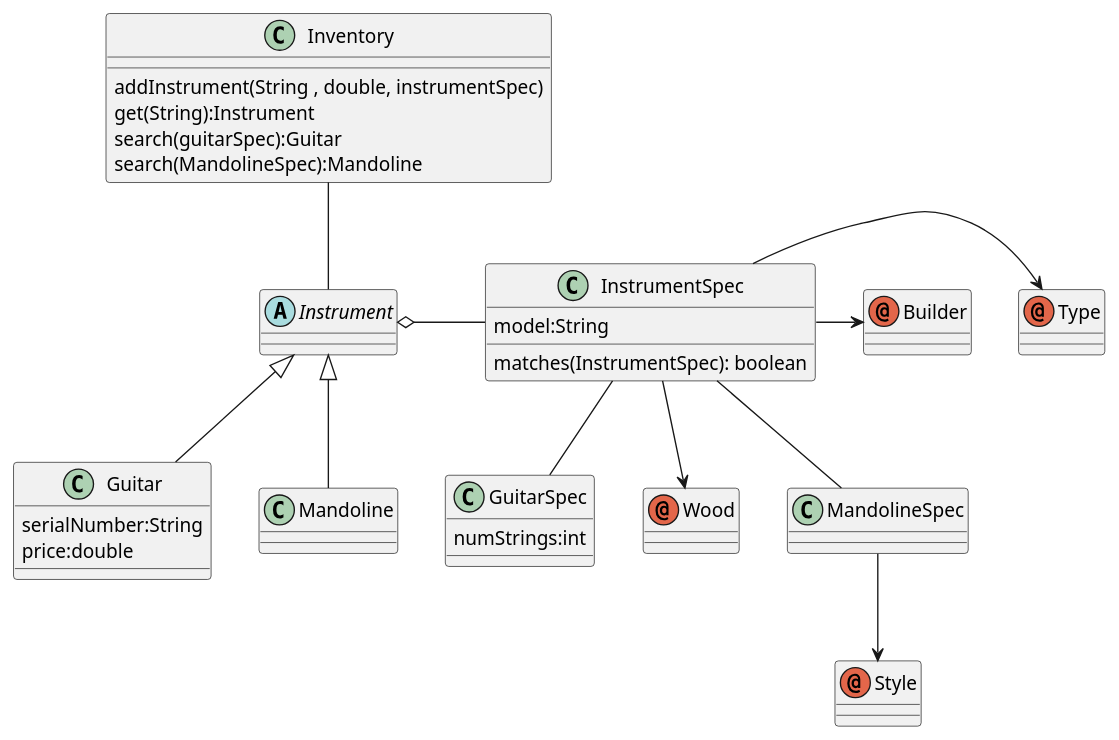
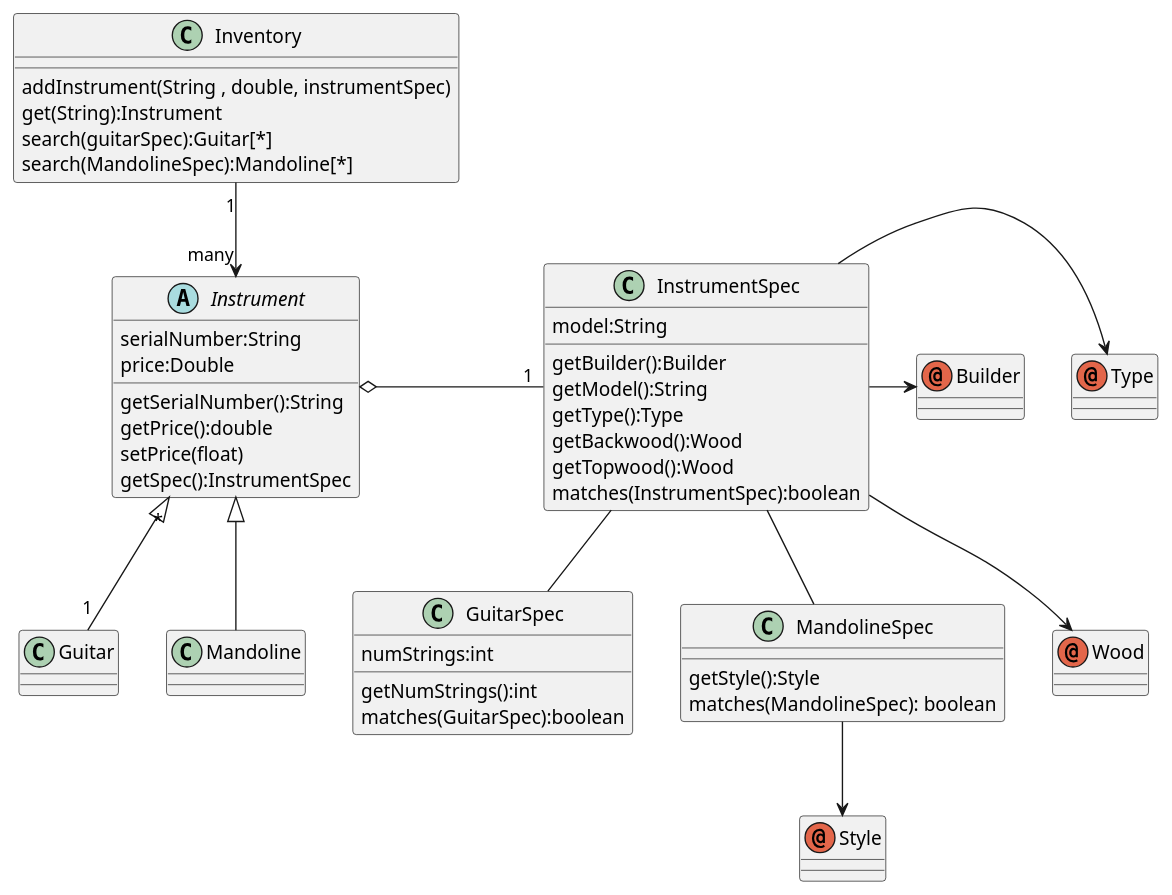
Before and after one commit to Ovidijus38/Lab3: the diagram in src/GuitarUML.puml, drawn with PlantUML. The commit also changed 2 other files, not shown here.

```diff
--- a/src/GuitarUML.puml
+++ b/src/GuitarUML.puml
@@ -1,46 +1,67 @@
 @startuml
 'https://plantuml.com/class-diagram
 
 class Inventory{
 addInstrument(String , double, instrumentSpec)
 get(String):Instrument
-search(guitarSpec):Guitar
-search(MandolineSpec):Mandoline
+search(guitarSpec):Guitar[*]
+search(MandolineSpec):Mandoline[*]
 }
 
 class Guitar{
-serialNumber:String
-price:double
+}
+
+class Mandoline{
 }
 
 abstract Instrument{
+serialNumber:String
+price:Double
+getSerialNumber():String
+getPrice():double
+setPrice(float)
+getSpec():InstrumentSpec
 }
 
 class GuitarSpec{
 numStrings:int
+getNumStrings():int
+matches(GuitarSpec):boolean
+}
 
+class MandolineSpec{
+getStyle():Style
+matches(MandolineSpec): boolean
 }
 
 class InstrumentSpec{
 model:String
-matches(InstrumentSpec): boolean
+getBuilder():Builder
+getModel():String
+getType():Type
+getBackwood():Wood
+getTopwood():Wood
+matches(InstrumentSpec):boolean
 }
+
+
 
 annotation Type{}
 annotation Wood{}
 annotation Builder{}
 annotation Style{}
 
-Inventory -- Instrument
-Instrument <|-- Guitar
+Inventory "1" --> "many" Instrument
+Instrument "*" <|-- "1" Guitar
 Instrument <|-- Mandoline
-Instrument o- InstrumentSpec
+Instrument o- "1" InstrumentSpec
 InstrumentSpec -- GuitarSpec
 InstrumentSpec -- MandolineSpec
 InstrumentSpec -> Type
 InstrumentSpec --> Wood
 InstrumentSpec -> Builder
 MandolineSpec --> Style
 
 
+
 @enduml
```
